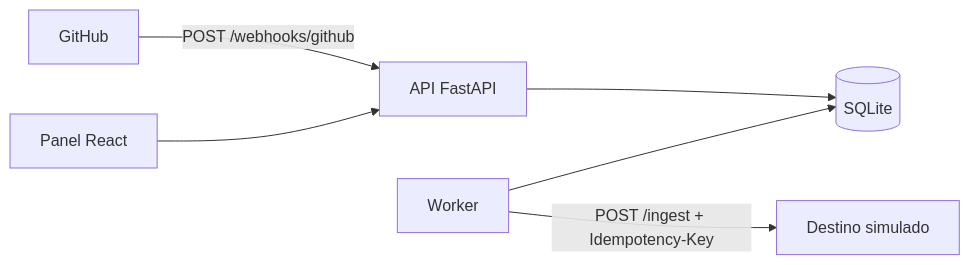
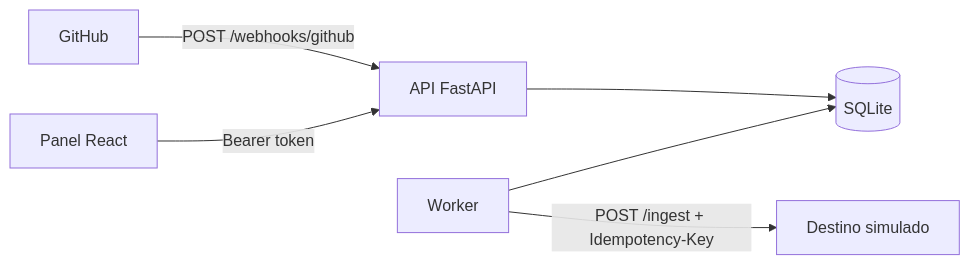
Before and after one commit to JuanSGarciaC/integrador-webhooks: the diagram in README.md, drawn with Mermaid. The commit also changed other lines of this file and 3 other files, not shown here.

````diff
--- a/README.md
+++ b/README.md
@@ -30,8 +42,8 @@
 ```mermaid
 flowchart LR
   GH[GitHub] -->|POST /webhooks/github| API[API FastAPI]
   API --> DB[(SQLite)]
   W[Worker] --> DB
   W -->|POST /ingest + Idempotency-Key| DS[Destino simulado]
-  UI[Panel React] --> API
+  UI[Panel React] -->|Bearer token| API
 ```
````
